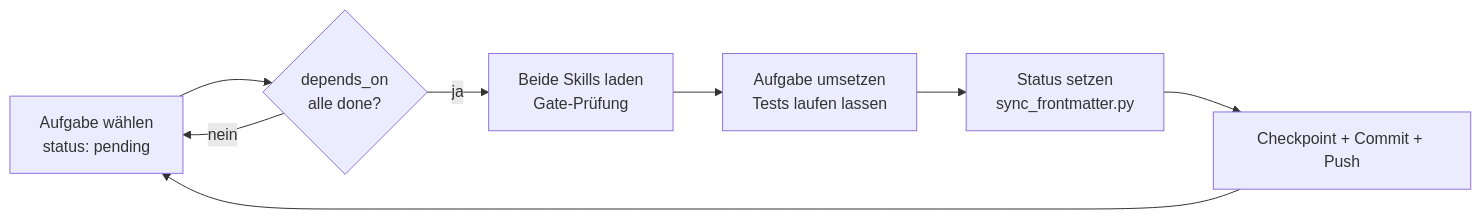
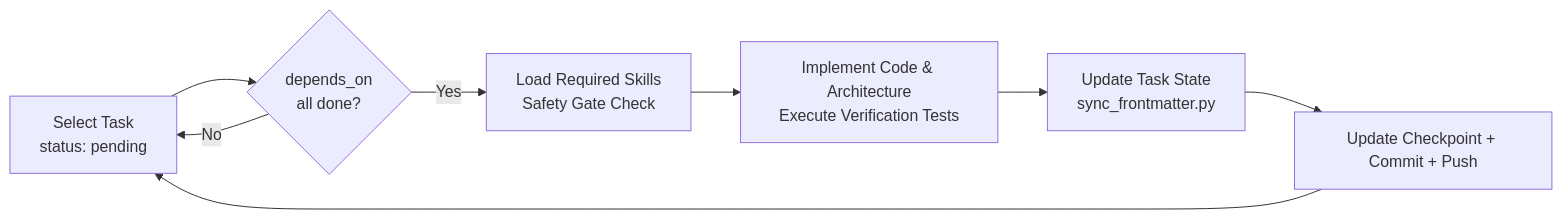
One commit to mertgoevse-wq/claudroide changed the first of 2 diagrams in README.md. Above: the diagram before and after it, drawn with Mermaid. The commit also changed other lines of this file and 6 other files, not shown here.

First line of the commit message:
Complete task 025: implement type-safe navigation, routes, and destructive action policy

````diff
--- a/README.md
+++ b/README.md
@@ -59,10 +67,10 @@
 ```mermaid
 flowchart LR
-    A[Aufgabe wählen<br/>status: pending] --> B{depends_on<br/>alle done?}
-    B -- nein --> A
-    B -- ja --> C[Beide Skills laden<br/>Gate-Prüfung]
-    C --> D[Aufgabe umsetzen<br/>Tests laufen lassen]
-    D --> E[Status setzen<br/>sync_frontmatter.py]
-    E --> F[Checkpoint + Commit + Push]
+    A[Select Task<br/>status: pending] --> B{depends_on<br/>all done?}
+    B -- No --> A
+    B -- Yes --> C[Load Required Skills<br/>Safety Gate Check]
+    C --> D[Implement Code & Architecture<br/>Execute Verification Tests]
+    D --> E[Update Task State<br/>sync_frontmatter.py]
+    E --> F[Update Checkpoint + Commit + Push]
     F --> A
 ```
````
